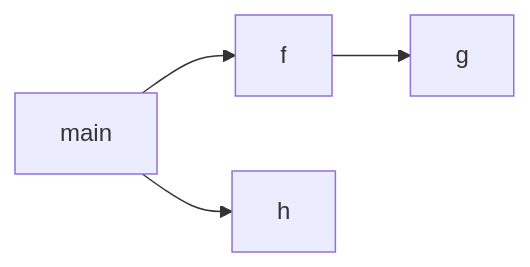
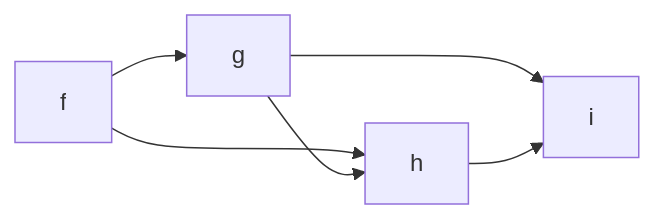
Diagram 12 of 16 in guide.md (jonathan-erb/SEM-Midterm), drawn with Mermaid before and after one commit. The commit also changed other lines of this file and 1 other file, not shown here.

Commit message:
Update mermaid flowchart

````diff
--- a/guide.md
+++ b/guide.md
@@ -296,6 +296,8 @@
 ```mermaid
 flowchart LR
-	main --> f
 	f --> g
-	main --> h
+	f --> h
+	g --> h
+	g --> i
+	h --> i
 ```
````
